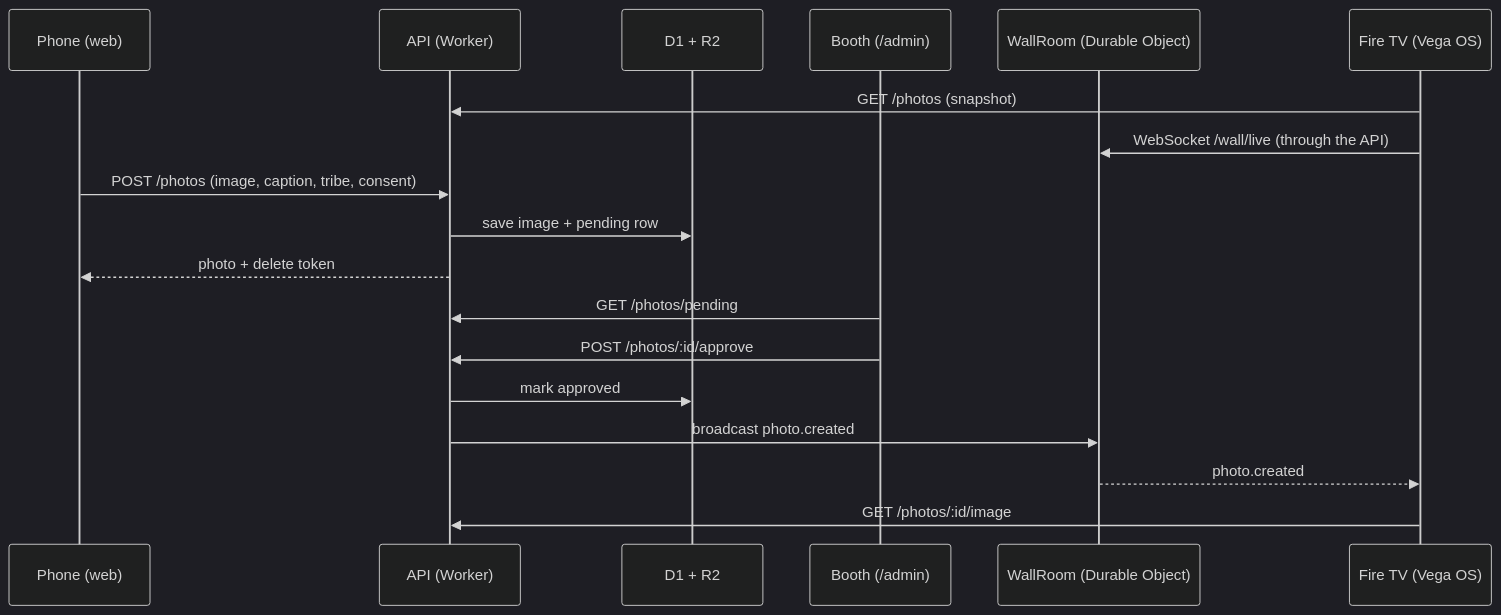
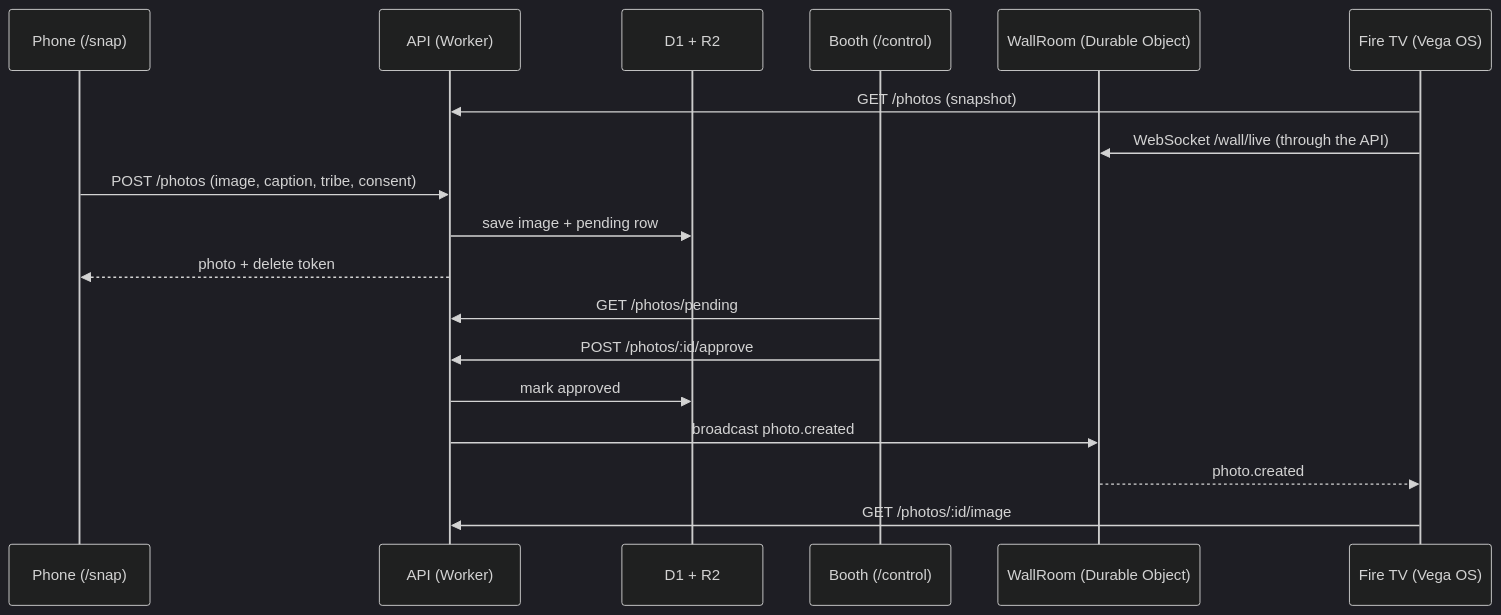
One commit to ddedic/nextappdevcon-amazon-vegaos-wall changed the second of 2 diagrams in docs/architecture.md. Above: the diagram before and after it, drawn with Mermaid (dark theme). The commit also changed other lines of this file and 17 other files, not shown here.

````diff
--- a/docs/architecture.md
+++ b/docs/architecture.md
@@ -22,21 +29,21 @@
 ```mermaid
 sequenceDiagram
-    participant Phone as Phone (web)
+    participant Phone as Phone (/snap)
     participant API as API (Worker)
     participant Store as D1 + R2
-    participant Admin as Booth (/admin)
+    participant Control as Booth (/control)
     participant Room as WallRoom (Durable Object)
     participant TV as Fire TV (Vega OS)
 
     TV->>API: GET /photos (snapshot)
     TV->>Room: WebSocket /wall/live (through the API)
     Phone->>API: POST /photos (image, caption, tribe, consent)
     API->>Store: save image + pending row
     API-->>Phone: photo + delete token
-    Admin->>API: GET /photos/pending
-    Admin->>API: POST /photos/:id/approve
+    Control->>API: GET /photos/pending
+    Control->>API: POST /photos/:id/approve
     API->>Store: mark approved
     API->>Room: broadcast photo.created
     Room-->>TV: photo.created
     TV->>API: GET /photos/:id/image
 ```
````
